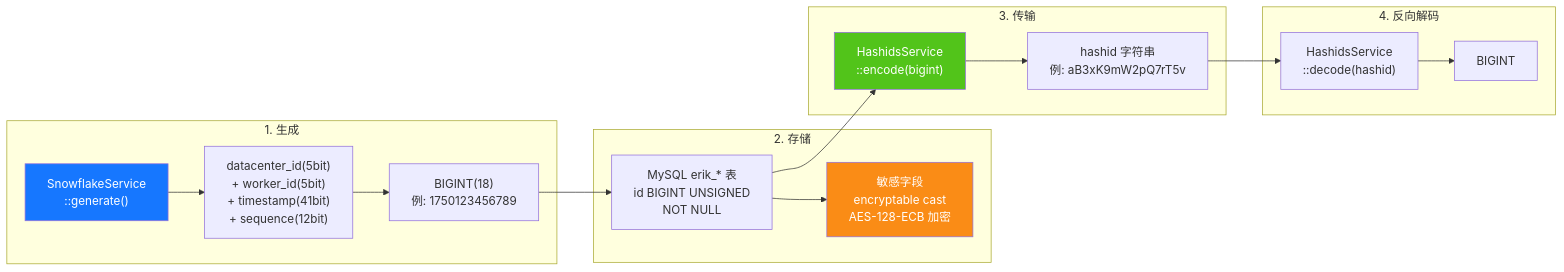
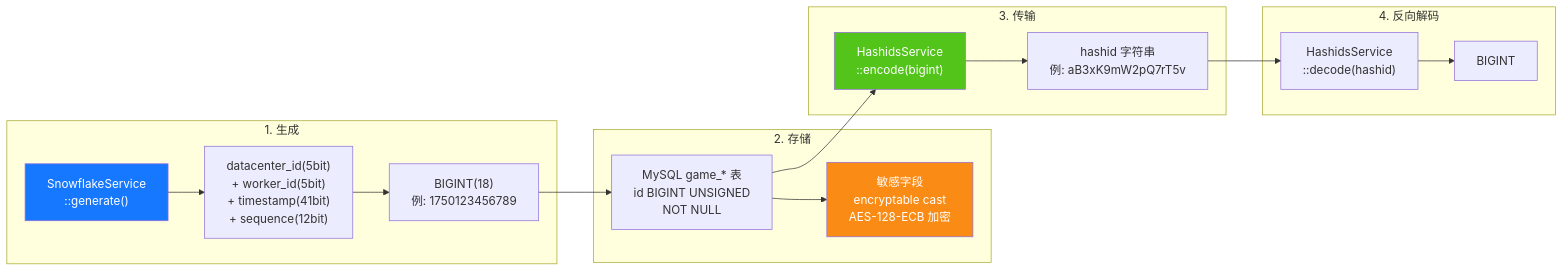
One commit to erikwang2013/game-platform-php changed the seventh of 14 diagrams in admin/docs/ARCHITECTURE.bn.md. Above: the diagram before and after it, drawn with Mermaid. The commit also changed other lines of this file and 345 other files, not shown here.

````diff
--- a/admin/docs/ARCHITECTURE.bn.md
+++ b/admin/docs/ARCHITECTURE.bn.md
@@ -372,33 +372,33 @@
 ```mermaid
 flowchart LR
     subgraph "1. 生成"
         G1["SnowflakeService<br/>::generate()"]
         G2["datacenter_id(5bit)<br/>+ worker_id(5bit)<br/>+ timestamp(41bit)<br/>+ sequence(12bit)"]
         G3["BIGINT(18)<br/>例: 1750123456789"]
         G1 --> G2 --> G3
     end
 
     subgraph "2. 存储"
-        S1["MySQL erik_* 表<br/>id BIGINT UNSIGNED<br/>NOT NULL"]
+        S1["MySQL game_* 表<br/>id BIGINT UNSIGNED<br/>NOT NULL"]
         S2["敏感字段<br/>encryptable cast<br/>AES-128-ECB 加密"]
         G3 --> S1
         S1 --> S2
     end
 
     subgraph "3. 传输"
         T1["HashidsService<br/>::encode(bigint)"]
         T2["hashid 字符串<br/>例: aB3xK9mW2pQ7rT5v"]
         S1 --> T1
         T1 --> T2
     end
 
     subgraph "4. 反向解码"
         R1["HashidsService<br/>::decode(hashid)"]
         R2["BIGINT"]
         T2 --> R1 --> R2
     end
 
     style G1 fill:#1677FF,color:#fff
     style T1 fill:#52C41A,color:#fff
     style S2 fill:#FA8C16,color:#fff
 ```
````
